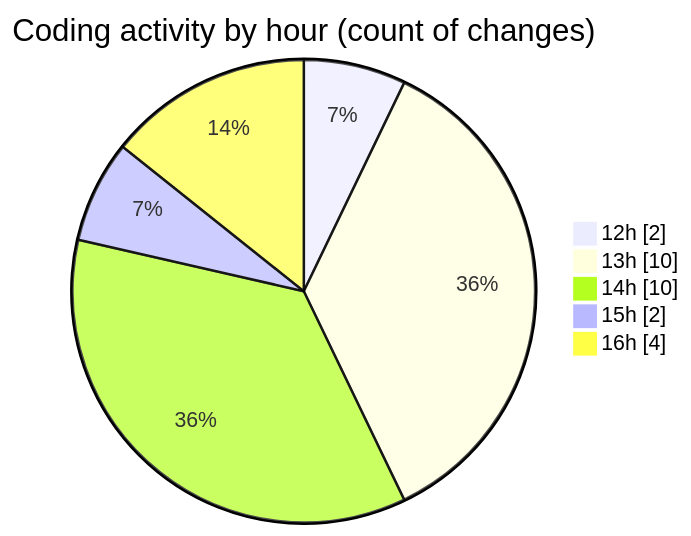
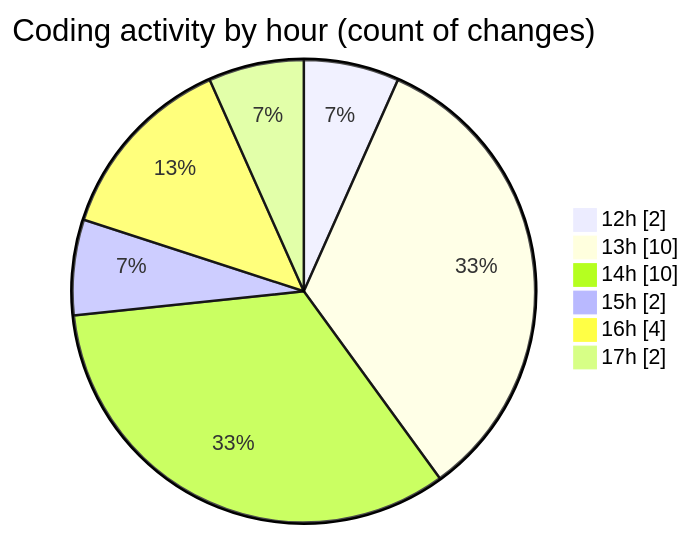
Before and after one commit to shibass792/code-tracking: the second of 2 diagrams in 2026-07-12/untitled__workspace_/README.md, drawn with Mermaid. The commit also changed other lines of this file and 1 other file, not shown here.

````diff
--- a/2026-07-12/untitled__workspace_/README.md
+++ b/2026-07-12/untitled__workspace_/README.md
@@ -35,9 +35,10 @@
 ```mermaid
 pie showData
 title Coding activity by hour (count of changes)
 "12h" : 2
 "13h" : 10
 "14h" : 10
 "15h" : 2
 "16h" : 4
+"17h" : 2
 ```
````
